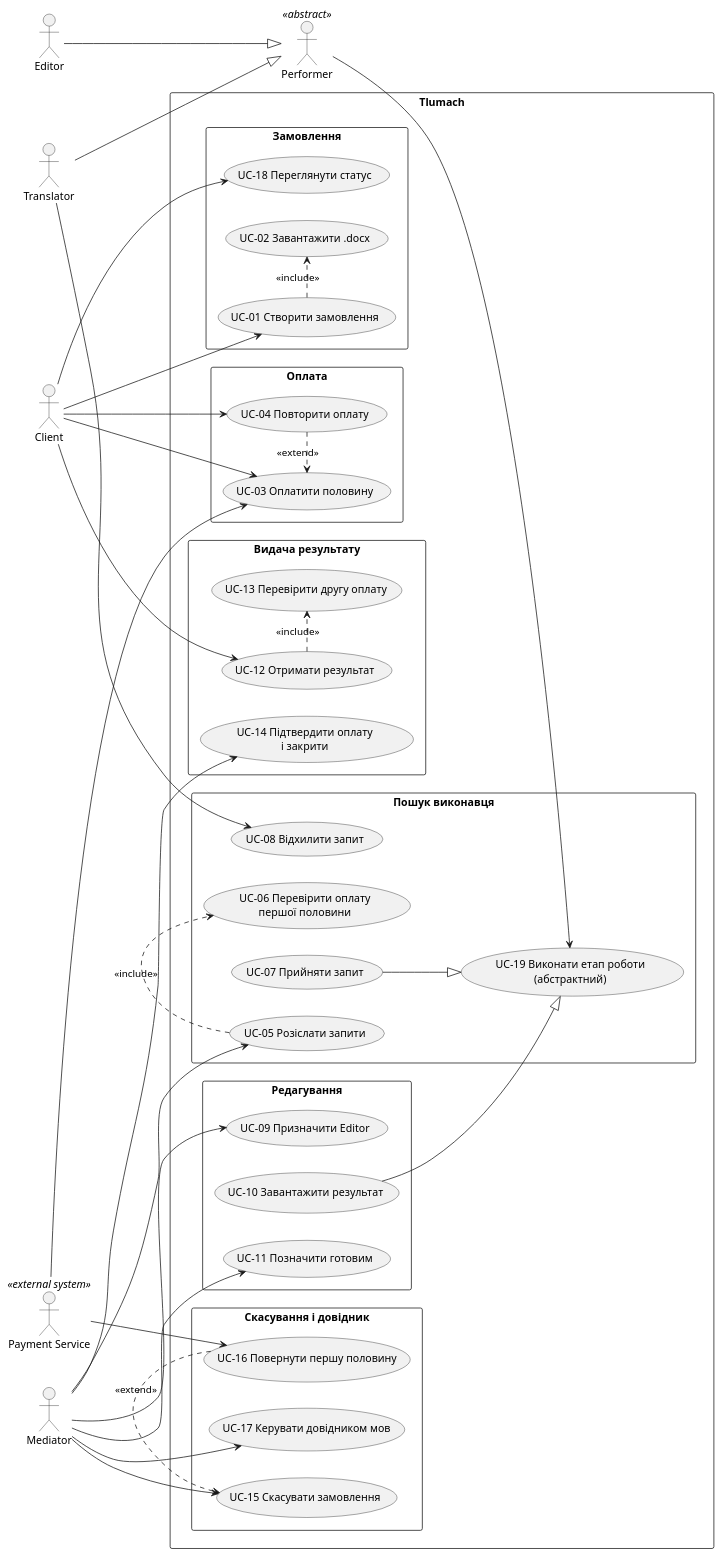
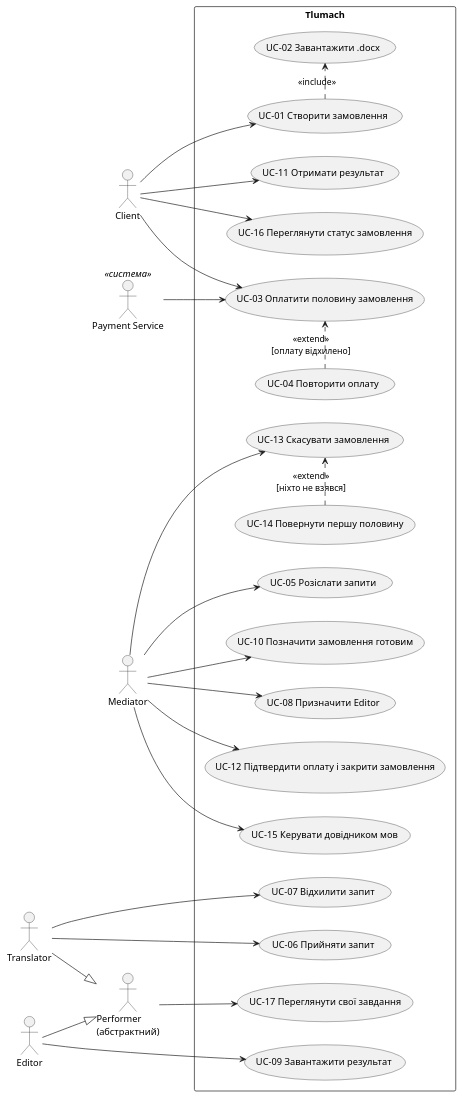
One commit to d4xaris/tlumach changed the diagram in lab-2/diagrams/use-case.puml. Above: the diagram before and after it, drawn with PlantUML. The commit also changed 2 other files, not shown here.

```diff
--- a/lab-2/diagrams/use-case.puml
+++ b/lab-2/diagrams/use-case.puml
@@ -1,75 +1,56 @@
 @startuml
 left to right direction
-skinparam dpi 110
-skinparam shadowing false
 skinparam packageStyle rectangle
 
 actor Client
 actor Mediator
-actor "Performer" as Performer <<abstract>>
+actor "Performer\n(абстрактний)" as Performer
 actor Translator
 actor Editor
-actor "Payment Service" as PS <<external system>>
+actor "Payment Service" as PS <<система>>
 
 Translator --|> Performer
 Editor --|> Performer
 
-rectangle "Tlumach" {
-  rectangle "Замовлення" {
-    usecase "UC-01 Створити замовлення" as UC01
-    usecase "UC-02 Завантажити .docx" as UC02
-    usecase "UC-18 Переглянути статус" as UC18
-  }
-  rectangle "Оплата" {
-    usecase "UC-03 Оплатити половину" as UC03
-    usecase "UC-04 Повторити оплату" as UC04
-  }
-  rectangle "Пошук виконавця" {
-    usecase "UC-05 Розіслати запити" as UC05
-    usecase "UC-06 Перевірити оплату\nпершої половини" as UC06
-    usecase "UC-07 Прийняти запит" as UC07
-    usecase "UC-08 Відхилити запит" as UC08
-    usecase "UC-19 Виконати етап роботи\n(абстрактний)" as UC19
-  }
-  rectangle "Редагування" {
-    usecase "UC-09 Призначити Editor" as UC09
-    usecase "UC-10 Завантажити результат" as UC10
-    usecase "UC-11 Позначити готовим" as UC11
-  }
-  rectangle "Видача результату" {
-    usecase "UC-12 Отримати результат" as UC12
-    usecase "UC-13 Перевірити другу оплату" as UC13
-    usecase "UC-14 Підтвердити оплату\nі закрити" as UC14
-  }
-  rectangle "Скасування і довідник" {
-    usecase "UC-15 Скасувати замовлення" as UC15
-    usecase "UC-16 Повернути першу половину" as UC16
-    usecase "UC-17 Керувати довідником мов" as UC17
-  }
+rectangle Tlumach {
+  usecase "UC-01 Створити замовлення" as UC01
+  usecase "UC-02 Завантажити .docx" as UC02
+  usecase "UC-03 Оплатити половину замовлення" as UC03
+  usecase "UC-04 Повторити оплату" as UC04
+  usecase "UC-05 Розіслати запити" as UC05
+  usecase "UC-06 Прийняти запит" as UC06
+  usecase "UC-07 Відхилити запит" as UC07
+  usecase "UC-08 Призначити Editor" as UC08
+  usecase "UC-09 Завантажити результат" as UC09
+  usecase "UC-10 Позначити замовлення готовим" as UC10
+  usecase "UC-11 Отримати результат" as UC11
+  usecase "UC-12 Підтвердити оплату і закрити замовлення" as UC12
+  usecase "UC-13 Скасувати замовлення" as UC13
+  usecase "UC-14 Повернути першу половину" as UC14
+  usecase "UC-15 Керувати довідником мов" as UC15
+  usecase "UC-16 Переглянути статус замовлення" as UC16
+  usecase "UC-17 Переглянути свої завдання" as UC17
 }
 
 Client --> UC01
 Client --> UC03
-Client --> UC04
-Client --> UC12
-Client --> UC18
+Client --> UC11
+Client --> UC16
+PS --> UC03
+
 Mediator --> UC05
-Mediator --> UC09
-Mediator --> UC11
-Mediator --> UC14
+Mediator --> UC08
+Mediator --> UC10
+Mediator --> UC12
+Mediator --> UC13
 Mediator --> UC15
-Mediator --> UC17
-Performer --> UC19
-Translator --> UC08
-PS --> UC03
-PS --> UC16
 
-UC07 --|> UC19
-UC10 --|> UC19
+Translator --> UC06
+Translator --> UC07
+Editor --> UC09
+Performer --> UC17
 
 UC01 .> UC02 : <<include>>
-UC05 .> UC06 : <<include>>
-UC12 .> UC13 : <<include>>
-UC04 .> UC03 : <<extend>>
-UC16 .> UC15 : <<extend>>
+UC04 .> UC03 : <<extend>>\n[оплату відхилено]
+UC14 .> UC13 : <<extend>>\n[ніхто не взявся]
 @enduml
```
